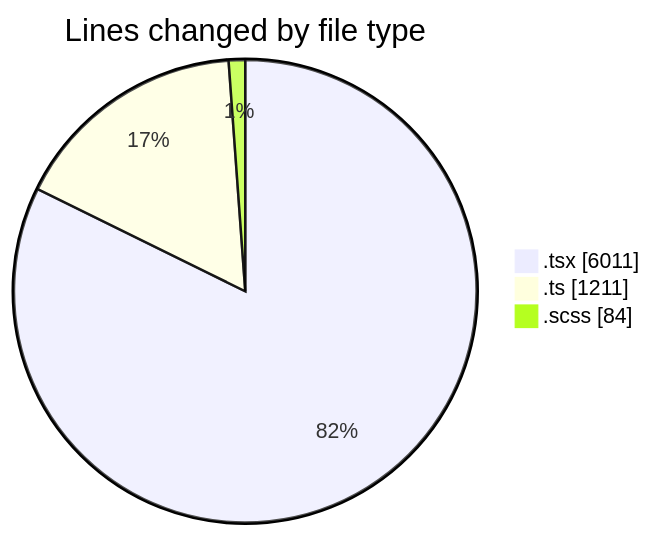
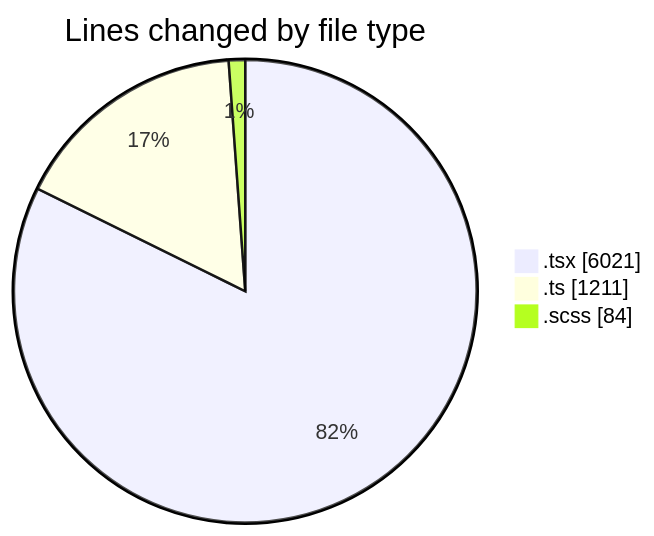
One commit to momahboobian/code-tracking changed the first of 2 diagrams in 2025-07-02/cda/README.md. Above: the diagram before and after it, drawn with Mermaid. The commit also changed other lines of this file and 1 other file, not shown here.

````diff
--- a/2025-07-02/cda/README.md
+++ b/2025-07-02/cda/README.md
@@ -37,7 +37,7 @@
 ```mermaid
 pie showData
 title Lines changed by file type
-".tsx" : 6011
+".tsx" : 6021
 ".ts" : 1211
 ".scss" : 84
 ```
````
